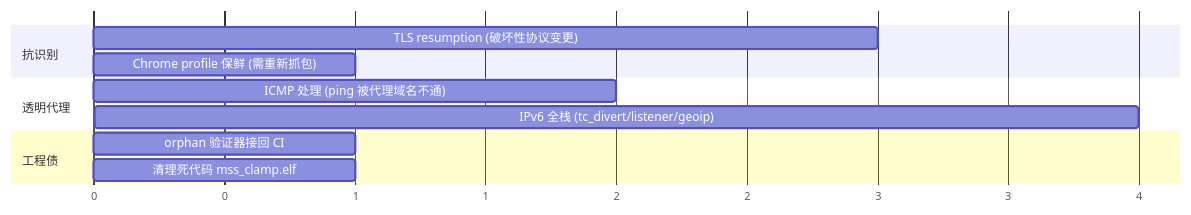
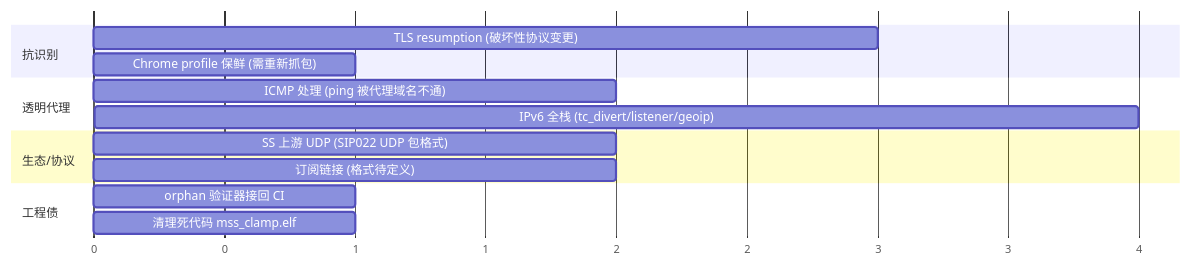
Before and after one commit to zdgt0226/Mirage-rs: the diagram in brain/roadmap.md, drawn with Mermaid. The commit also changed other lines of this file and 3 other files, not shown here.

First line of the commit message:
docs(brain): 确认三个低置信项 (目标用户/项目意图/roadmap)

````diff
--- a/brain/roadmap.md
+++ b/brain/roadmap.md
@@ -22,14 +26,17 @@
 ```mermaid
 gantt
     dateFormat X
     axisFormat %s
     section 抗识别
     TLS resumption (破坏性协议变更)     :0, 3
     Chrome profile 保鲜 (需重新抓包)     :0, 1
     section 透明代理
     ICMP 处理 (ping 被代理域名不通)      :0, 2
     IPv6 全栈 (tc_divert/listener/geoip) :3, 4
+    section 生态/协议
+    SS 上游 UDP (SIP022 UDP 包格式)      :0, 2
+    订阅链接 (格式待定义)                :0, 2
     section 工程债
     orphan 验证器接回 CI                 :0, 1
     清理死代码 mss_clamp.elf             :0, 1
 ```
````
